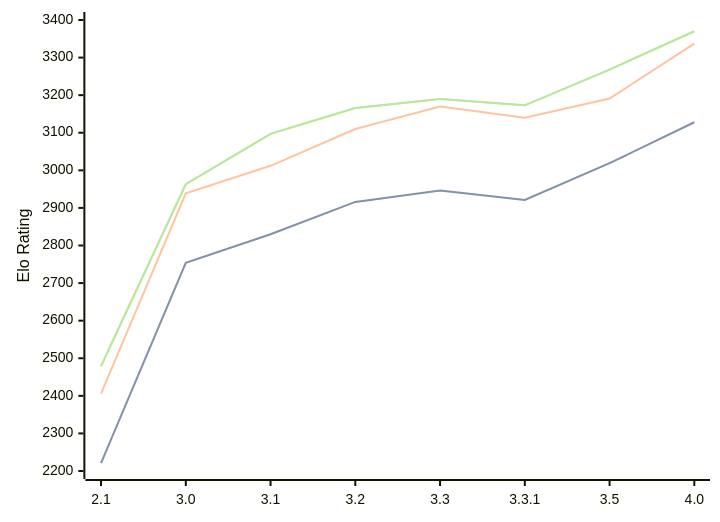
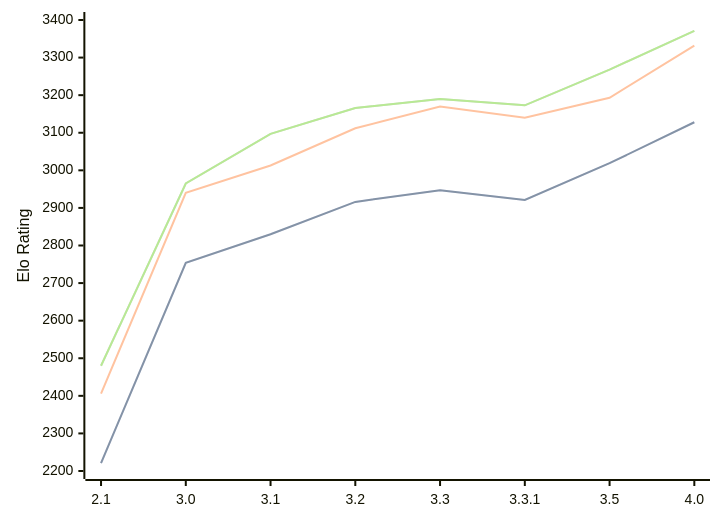
One commit to computer-chess-index/cci changed the diagram in engines/Petrel.md. Above: the diagram before and after it, drawn with Mermaid. The commit also changed other lines of this file, not shown here.

Commit message:
Update CCI Ratings (ELO VLTC) - 2026-08-27

````diff
--- a/engines/Petrel.md
+++ b/engines/Petrel.md
@@ -38,11 +38,11 @@
 ```mermaid
 %%{init: {"theme":"base","themeVariables":{"seriesColors:['#a3a3a3','#222221','#faa371']}}}%%
 xychart-beta
   x-axis ["2.1", "3.0", "3.1", "3.2", "3.3", "3.3.1", "3.5", "4.0"]
   y-axis "Elo Rating" 2200 --> 3400
-  line "STC (8.0+0.08s)" [2221, 2754, 2830, 2916, 2946, 2921, 3019, 3128]
-  line "STC (8.0+0.08s)" [2221, 2754, 2830, 2916, 2946, 2921, 3019, 3128]
-  line "LTC (60.0+0.60s)" [2406, 2939, 3012, 3110, 3170, 3140, 3191, 3337]
-  line "VLTC (2m24s+1.12s)" [2479, 2963, 3097, 3166, 3190, 3173, 3268, 3370]
-  line "VLTC (2m24s+1.12s)" [2479, 2963, 3097, 3166, 3190, 3173, 3268, 3370]
+  line "STC (8.0+0.08s)" [2221, 2754, 2830, 2916, 2947, 2921, 3019, 3128]
+  line "STC (8.0+0.08s)" [2221, 2754, 2830, 2916, 2947, 2921, 3019, 3128]
+  line "LTC (60.0+0.60s)" [2406, 2940, 3013, 3112, 3170, 3140, 3193, 3332]
+  line "VLTC (2m24s+1.12s)" [2480, 2965, 3097, 3166, 3190, 3173, 3268, 3371]
+  line "VLTC (2m24s+1.12s)" [2480, 2965, 3097, 3166, 3190, 3173, 3268, 3371]
 ```
````
